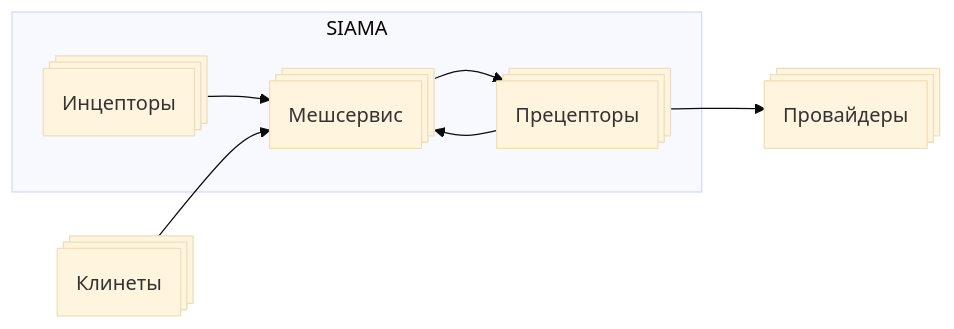
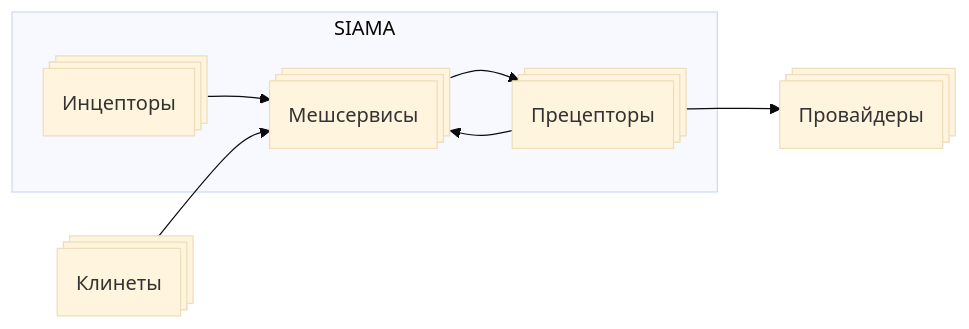
One commit to johnthesmith/scraps changed the fifth of 5 diagrams in ru/siama.md. Above: the diagram before and after it, drawn with Mermaid (base theme). The commit also changed other lines of this file and 4 other files, not shown here.

````diff
--- a/ru/siama.md
+++ b/ru/siama.md
@@ -156,18 +158,18 @@
 ```mermaid
 flowchart LR
     
     subgraph SIAMA
         inceptor([Инцепторы])@{ shape: processes }
         preceptor([Прецепторы])@{ shape: processes }
-        mesh[Мешсервис]@{ shape: processes }
+        mesh[Мешсервисы]@{ shape: processes }
     end
 
     provider(Провайдеры)@{ shape: processes }
     client(Клинеты)@{ shape: processes }
 
     preceptor --> provider
     inceptor --> mesh
     client --> mesh
     preceptor --> mesh
     mesh --> preceptor
 ```
````
